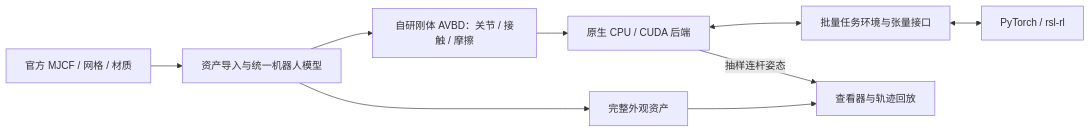
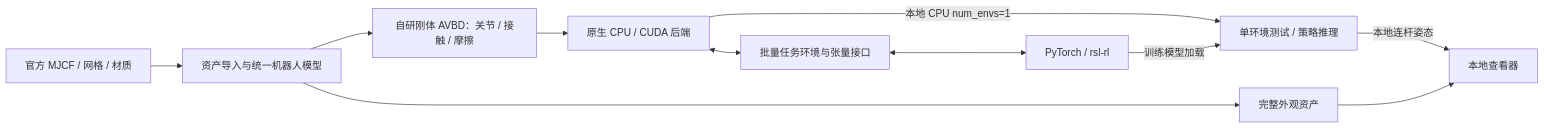
The diagram in docs/TECHNICAL_PLAN.md (KeqiYe/duck_gym), drawn with Mermaid before and after one commit. The commit also changed other lines of this file and 5 other files, not shown here.

````diff
--- a/docs/TECHNICAL_PLAN.md
+++ b/docs/TECHNICAL_PLAN.md
@@ -27,11 +27,13 @@
 ```mermaid
 flowchart LR
     A[官方 MJCF / 网格 / 材质] --> B[资产导入与统一机器人模型]
     B --> C[自研刚体 AVBD：关节 / 接触 / 摩擦]
     C --> D[原生 CPU / CUDA 后端]
     D <--> E[批量任务环境与张量接口]
     E <--> F[PyTorch / rsl-rl]
     B --> G[完整外观资产]
-    D -->|抽样连杆姿态| H[查看器与轨迹回放]
+    D -->|本地 CPU num_envs=1| I[单环境测试 / 策略推理]
+    F -->|训练模型加载| I
+    I -->|本地连杆姿态| H[本地查看器]
     G --> H
 ```
````
